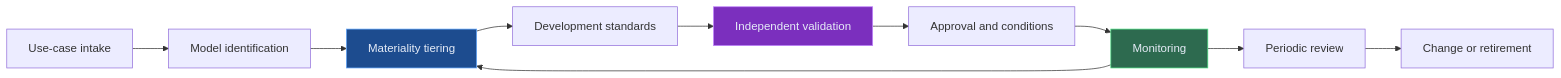
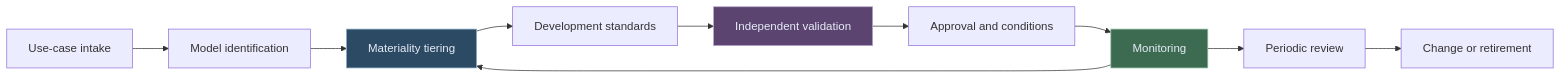
The diagram in blog/model-risk-management-for-ai-pra-ss1-23-us-supervisory-guidance.md (lorvexai/lorvexai), drawn with Mermaid before and after one commit. The commit also changed 16 other files, not shown here.

First line of the commit message:
Retune hardcoded Mermaid node colors to match the site palette

````diff
--- a/blog/model-risk-management-for-ai-pra-ss1-23-us-supervisory-guidance.md
+++ b/blog/model-risk-management-for-ai-pra-ss1-23-us-supervisory-guidance.md
@@ -44,16 +44,16 @@
 ```mermaid
 flowchart LR
   A[Use-case intake] --> B[Model identification]
   B --> C[Materiality tiering]
   C --> D[Development standards]
   D --> E[Independent validation]
   E --> F[Approval and conditions]
   F --> G[Monitoring]
   G --> H[Periodic review]
   H --> I[Change or retirement]
   G --> C
 
-  style C fill:#1D4C8F,stroke:#60a5fa,color:#E6ECF7
-  style E fill:#7B2FBE,stroke:#c084fc,color:#E6ECF7
-  style G fill:#2D6A4F,stroke:#4ade80,color:#E6ECF7
+  style C fill:#2C4A63,stroke:#8FB2CC,color:#E6ECF7
+  style E fill:#5B4570,stroke:#BCA6CC,color:#E6ECF7
+  style G fill:#3D6B52,stroke:#95C2A8,color:#E6ECF7
 ```
````
